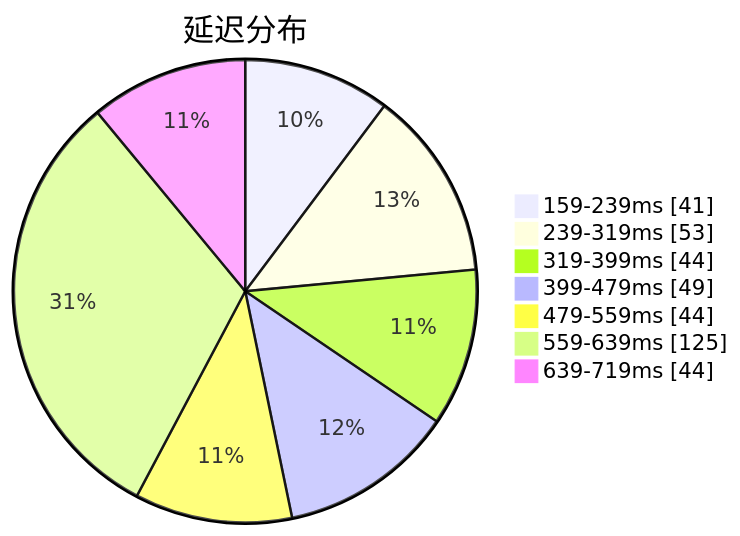
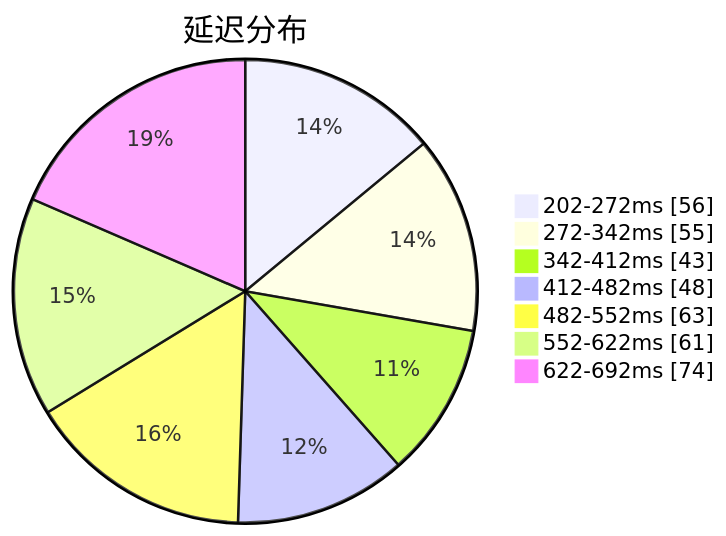
Before and after one commit to qjlxg/airport: the first of 3 diagrams in subs/statistics/tested_within.md, drawn with Mermaid. The commit also changed other lines of this file and 2 other files, not shown here.

````diff
--- a/subs/statistics/tested_within.md
+++ b/subs/statistics/tested_within.md
@@ -2,11 +2,11 @@
 ```mermaid
 pie showData
 title 延迟分布
-"159-239ms" : 41
-"239-319ms" : 53
-"319-399ms" : 44
-"399-479ms" : 49
-"479-559ms" : 44
-"559-639ms" : 125
-"639-719ms" : 44
+"202-272ms" : 56
+"272-342ms" : 55
+"342-412ms" : 43
+"412-482ms" : 48
+"482-552ms" : 63
+"552-622ms" : 61
+"622-692ms" : 74
 ```
````
